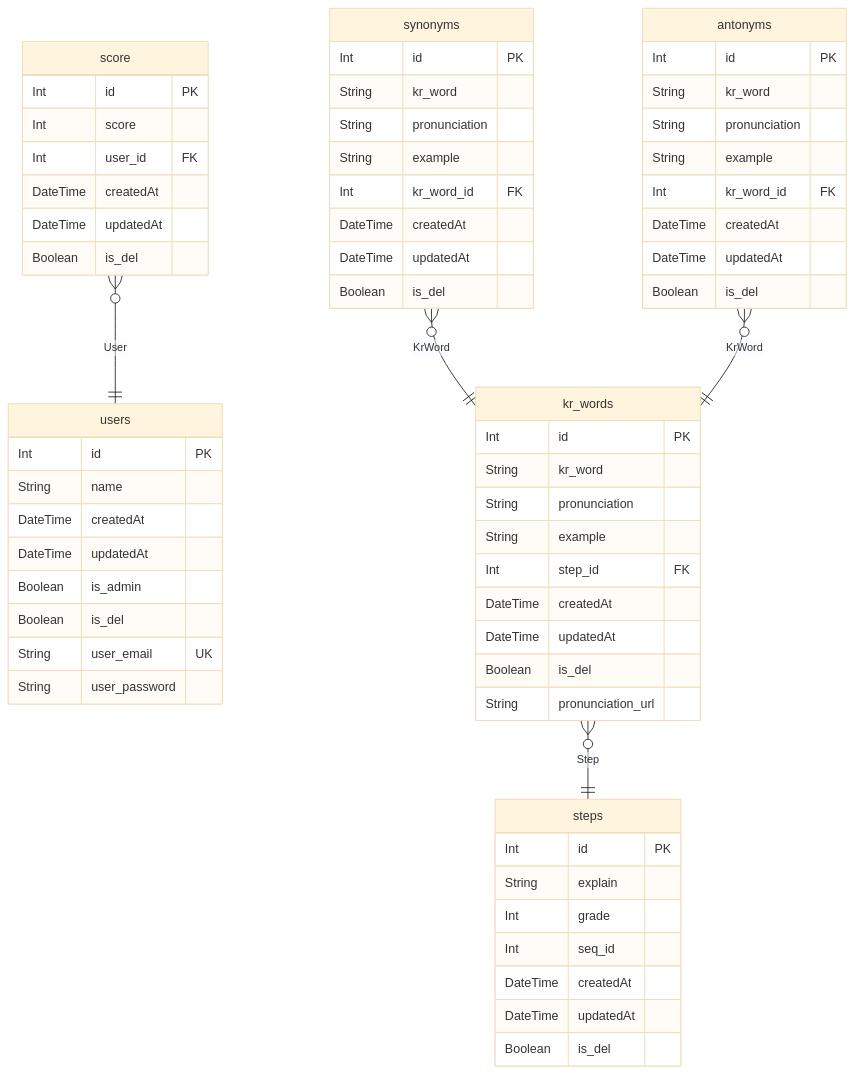
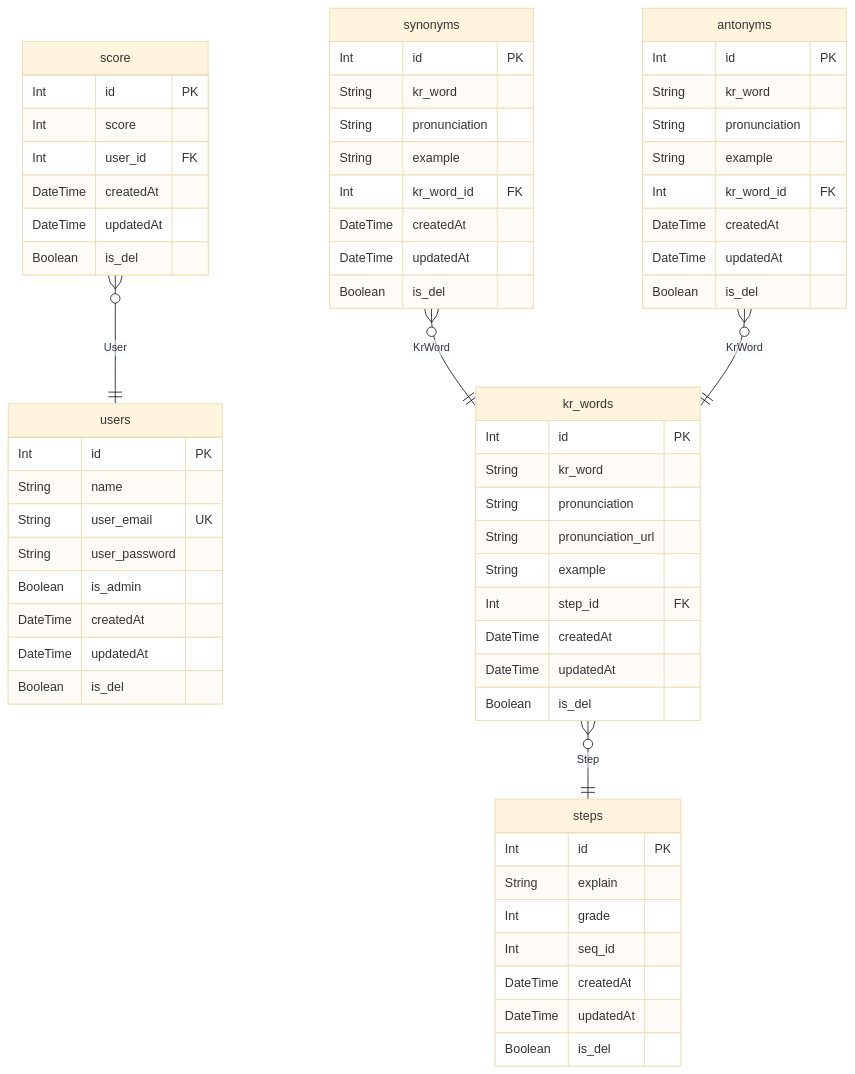
Before and after one commit to CobitionOrg/solibyeoli-server: the diagram in prisma/ERD.md, drawn with Mermaid (base theme). The commit also changed other lines of this file and 4 other files, not shown here.

````diff
--- a/prisma/ERD.md
+++ b/prisma/ERD.md
@@ -7,65 +7,65 @@
 ```mermaid
 erDiagram
 "users" {
   Int id PK
   String name
+  String user_email UK
+  String user_password
+  Boolean is_admin
   DateTime createdAt
   DateTime updatedAt
-  Boolean is_admin
   Boolean is_del
-  String user_email UK
-  String user_password
 }
 "score" {
   Int id PK
   Int score
   Int user_id FK
   DateTime createdAt
   DateTime updatedAt
   Boolean is_del
 }
 "steps" {
   Int id PK
   String explain
   Int grade
   Int seq_id
   DateTime createdAt
   DateTime updatedAt
   Boolean is_del
 }
 "kr_words" {
   Int id PK
   String kr_word
   String pronunciation
+  String pronunciation_url
   String example
   Int step_id FK
   DateTime createdAt
   DateTime updatedAt
   Boolean is_del
-  String pronunciation_url
 }
 "synonyms" {
   Int id PK
   String kr_word
   String pronunciation
   String example
   Int kr_word_id FK
   DateTime createdAt
   DateTime updatedAt
   Boolean is_del
 }
 "antonyms" {
   Int id PK
   String kr_word
   String pronunciation
   String example
   Int kr_word_id FK
   DateTime createdAt
   DateTime updatedAt
   Boolean is_del
 }
 "score" }o--|| "users" : User
 "kr_words" }o--|| "steps" : Step
 "synonyms" }o--|| "kr_words" : KrWord
 "antonyms" }o--|| "kr_words" : KrWord
 ```
````
